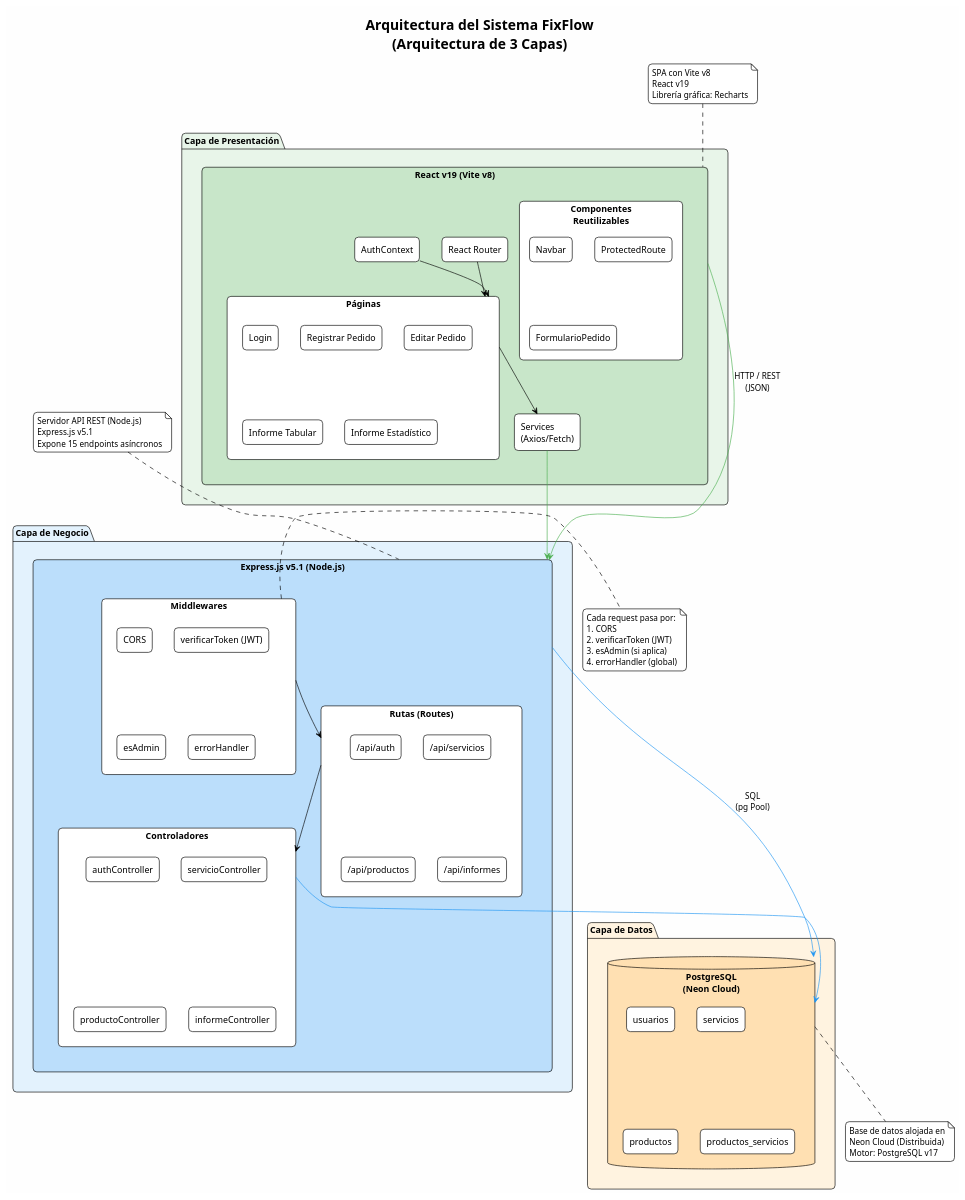
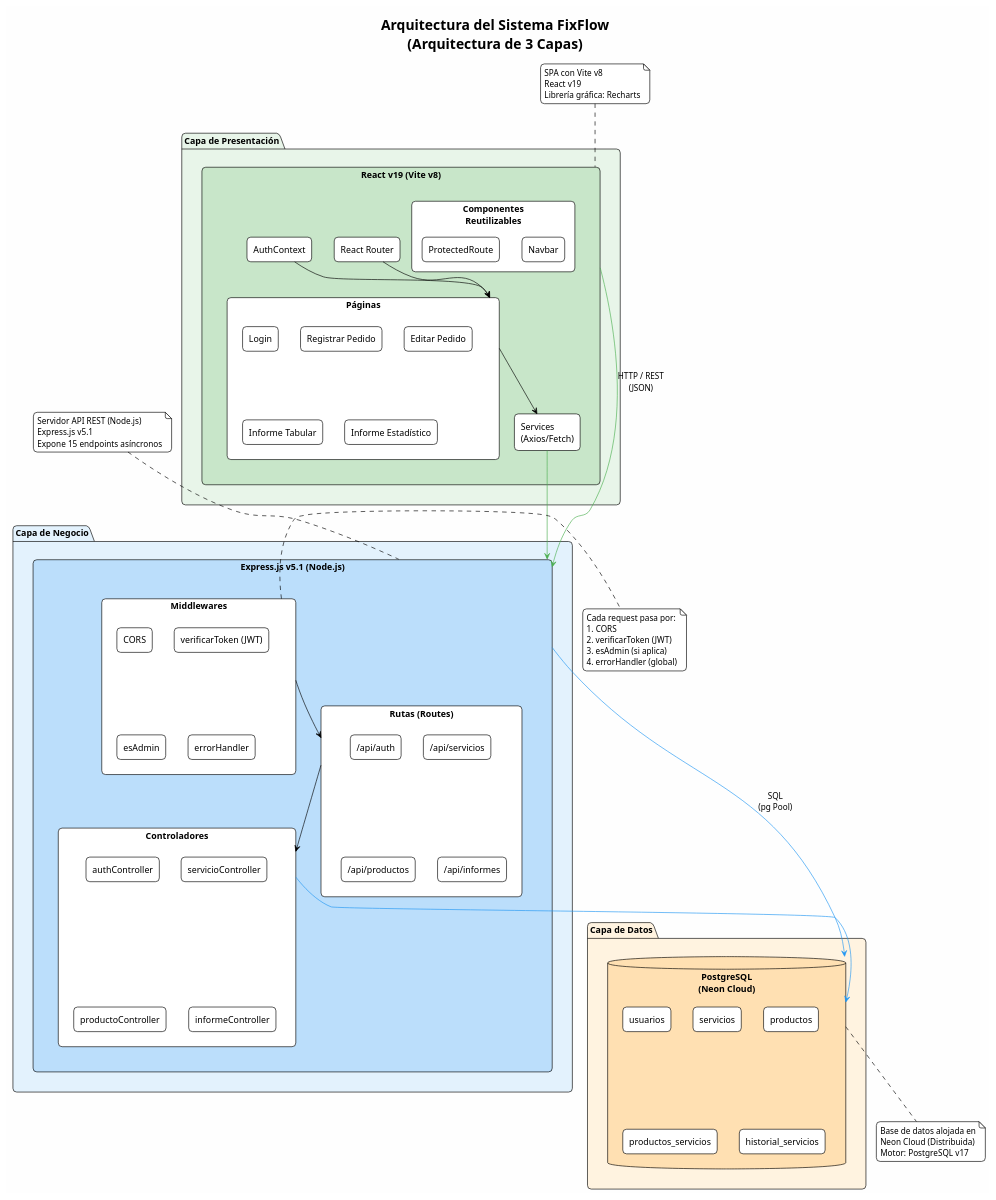
One commit to nicolasgarcia2004/FixFlow changed the diagram in docs/diagramas/arquitectura.puml. Above: the diagram before and after it, drawn with PlantUML.

Commit message:
docs: Refinar componentes y tablas en el diagrama de arquitectura tras pull

```diff
--- a/docs/diagramas/arquitectura.puml
+++ b/docs/diagramas/arquitectura.puml
@@ -1,108 +1,108 @@
 @startuml arquitectura_fixflow
 !theme plain
 skinparam backgroundColor #FEFEFE
 skinparam componentStyle rectangle
 skinparam defaultFontName Raleway
 skinparam shadowing false
 skinparam roundCorner 12
 
 title Arquitectura del Sistema FixFlow\n(Arquitectura de 3 Capas)
 
 ' ===== CAPA DE PRESENTACION =====
 package "Capa de Presentación" as frontend #E8F5E9 {
     component "React v19 (Vite v8)" as react #C8E6C9 {
         component "React Router" as router
         component "AuthContext" as authCtx
         component "Páginas" as pages {
             [Login]
             [Registrar Pedido]
             [Editar Pedido]
             [Informe Tabular]
             [Informe Estadístico]
         }
         component "Componentes\nReutilizables" as shared {
             [Navbar]
             [ProtectedRoute]
-            [FormularioPedido]
         }
         component "Services\n(Axios/Fetch)" as apiService
     }
 }
 
 ' ===== CAPA DE NEGOCIO =====
 package "Capa de Negocio" as backend #E3F2FD {
     component "Express.js v5.1 (Node.js)" as express #BBDEFB {
         component "Middlewares" as mw {
             [CORS]
             [verificarToken (JWT)]
             [esAdmin]
             [errorHandler]
         }
         component "Rutas (Routes)" as routes {
             [/api/auth]
             [/api/servicios]
             [/api/productos]
             [/api/informes]
         }
         component "Controladores" as controllers {
             [authController]
             [servicioController]
             [productoController]
             [informeController]
         }
     }
 }
 
 ' ===== CAPA DE DATOS =====
 package "Capa de Datos" as data #FFF3E0 {
     database "PostgreSQL\n(Neon Cloud)" as db #FFE0B2 {
         [usuarios]
         [servicios]
         [productos]
         [productos_servicios]
+        [historial_servicios]
     }
 }
 
 ' ===== CONEXIONES =====
 react -[#4CAF50]-> express : "HTTP / REST\n(JSON)"
 express -[#2196F3]-> db : "SQL\n(pg Pool)"
 
 ' Flujo interno frontend
 router --> pages
 authCtx --> pages
 pages --> apiService
 apiService -[#4CAF50]-> express
 
 ' Flujo interno backend
 mw --> routes
 routes --> controllers
 controllers -[#2196F3]-> db
 
 ' ===== NOTAS =====
 note right of mw
   Cada request pasa por:
   1. CORS
   2. verificarToken (JWT)
   3. esAdmin (si aplica)
   4. errorHandler (global)
 end note
 
 note bottom of db
   Base de datos alojada en
   Neon Cloud (Distribuida)
   Motor: PostgreSQL v17
 end note
 
 note top of react
   SPA con Vite v8
   React v19
   Librería gráfica: Recharts
 end note
 
 note top of express
   Servidor API REST (Node.js)
   Express.js v5.1
   Expone 15 endpoints asíncronos
 end note
 
 @enduml
```
